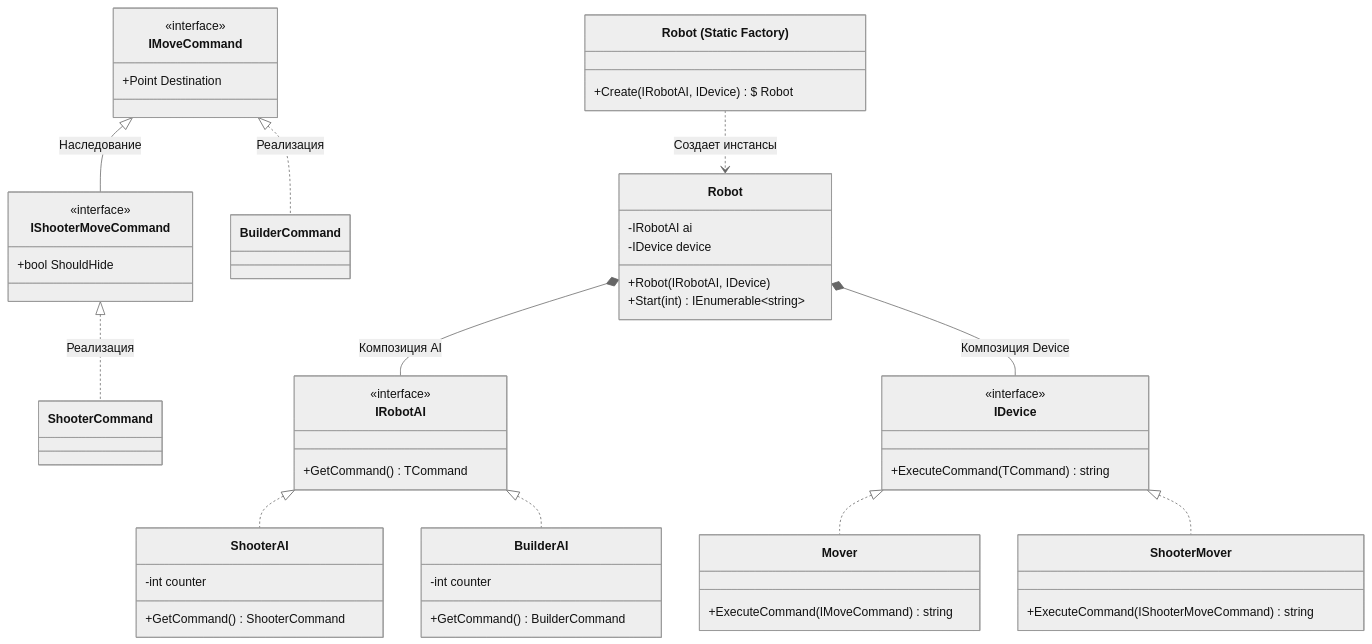
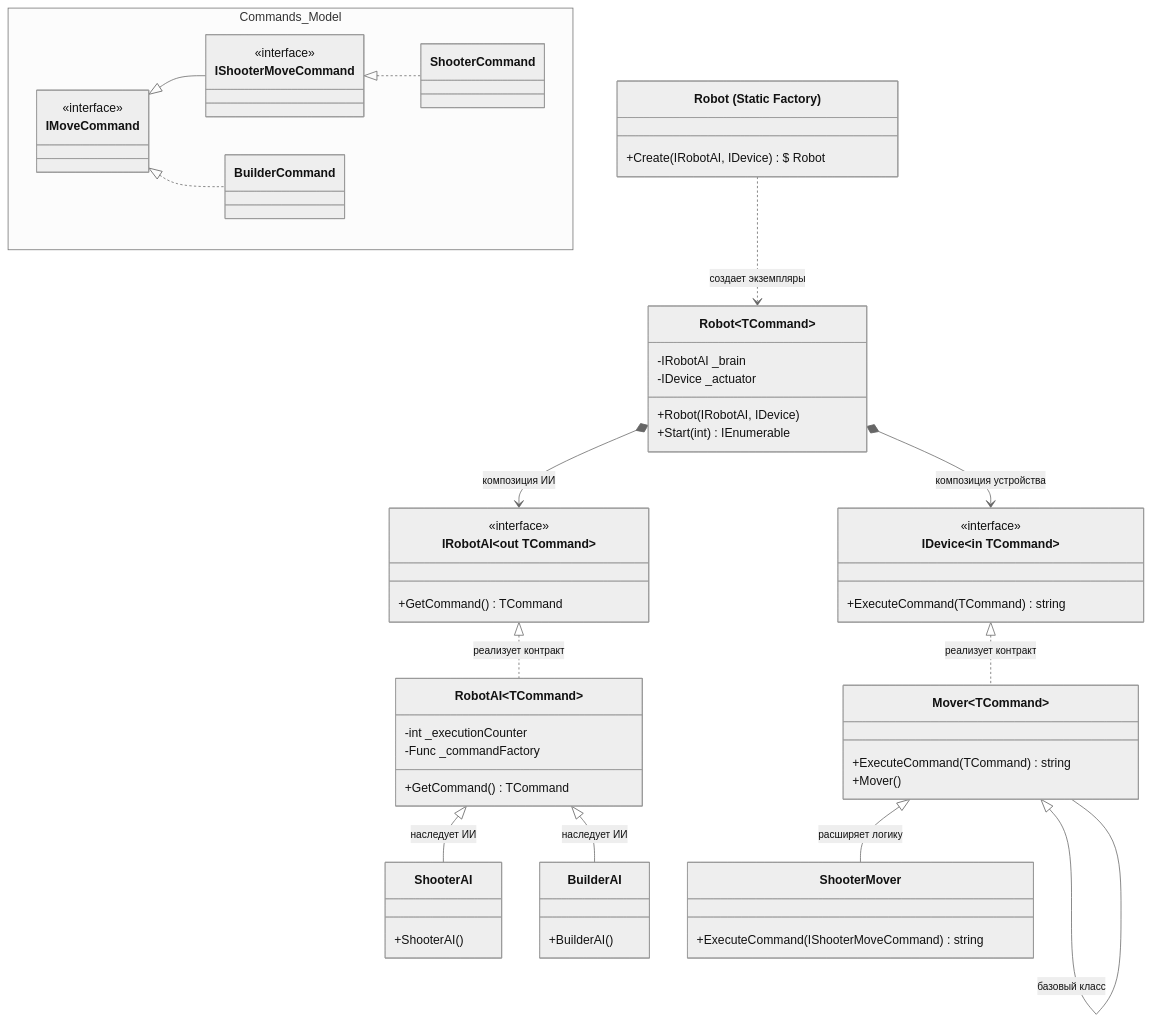
Before and after one commit to NingerangorOid/Praktika_2026: the diagram in robots.md, drawn with Mermaid (neutral theme).

Commit message:
правки внесены

````diff
--- a/robots.md
+++ b/robots.md
@@ -1,65 +1,64 @@
 ```mermaid
 classDiagram
-    class IMoveCommand {
-        <<interface>>
-        +Point Destination
+    direction TB
+
+    %% Системные интерфейсы и команды 
+    namespace Commands_Model {
+        class IMoveCommand { <<interface>> }
+        class IShooterMoveCommand { <<interface>> }
+        class ShooterCommand
+        class BuilderCommand
     }
-    class IShooterMoveCommand {
-        <<interface>>
-        +bool ShouldHide
-    }
-    IMoveCommand <|-- IShooterMoveCommand : Наследование
+    IMoveCommand <|-- IShooterMoveCommand
+    IShooterMoveCommand <|.. ShooterCommand
+    IMoveCommand <|.. BuilderCommand
 
-    class ShooterCommand
-    class BuilderCommand
-
-    IShooterMoveCommand <|.. ShooterCommand : Реализация
-    IMoveCommand <|.. BuilderCommand : Реализация
-
-    class IRobotAI {
+    %% Базовые обобщенные контракты устройств и ИИ
+    class IRobotAI~out TCommand~ {
         <<interface>>
         +GetCommand() TCommand
     }
-    class IDevice {
+    class IDevice~in TCommand~ {
         <<interface>>
         +ExecuteCommand(TCommand) string
     }
 
-    class ShooterAI {
-        -int counter
-        +GetCommand() ShooterCommand
+    %% Новая обобщенная логика 
+    class RobotAI~TCommand~ {
+        -int _executionCounter
+        -Func _commandFactory
+        +GetCommand() TCommand
     }
-    IRobotAI <|.. ShooterAI
+    IRobotAI <|.. RobotAI : <small>реализует контракт</small>
 
-    class BuilderAI {
-        -int counter
-        +GetCommand() BuilderCommand
+    class Mover~TCommand~ {
+        +ExecuteCommand(TCommand) string
     }
-    IRobotAI <|.. BuilderAI
+    IDevice <|.. Mover : <small>реализует контракт</small>
 
-    class Mover {
-        +ExecuteCommand(IMoveCommand) string
+    %% Наследники конкретных реализаций
+    class ShooterAI { +ShooterAI() }
+    class BuilderAI { +BuilderAI() }
+    RobotAI <|-- ShooterAI : <small>наследует ИИ</small>
+    RobotAI <|-- BuilderAI : <small>наследует ИИ</small>
+
+    class Mover { +Mover() }
+    class ShooterMover { +ExecuteCommand(IShooterMoveCommand) string }
+    Mover <|-- Mover : <small>базовый класс</small>
+    Mover <|-- ShooterMover : <small>расширяет логику</small>
+
+    %% Главный класс Робота и Фабрика вывода типов
+    class Robot~TCommand~ {
+        -IRobotAI _brain
+        -IDevice _actuator
+        +Robot(IRobotAI, IDevice)
+        +Start(int) IEnumerable
     }
-    IDevice <|.. Mover
+    Robot *--> IRobotAI : <small>композиция ИИ</small>
+    Robot *--> IDevice : <small>композиция устройства</small>
 
-    class ShooterMover {
-        +ExecuteCommand(IShooterMoveCommand) string
-    }
-    IDevice <|.. ShooterMover
-
-    %% Главный класс Робота
-    class Robot {
-        -IRobotAI ai
-        -IDevice device
-        +Robot(IRobotAI, IDevice)
-        +Start(int) IEnumerable~string~
-    }
-    Robot *-- IRobotAI : Композиция AI
-    Robot *-- IDevice : Композиция Device
-
-    
     class RobotFactory["Robot (Static Factory)"] {
         +Create(IRobotAI, IDevice)\$ Robot
     }
-    RobotFactory ..> Robot : Создает инстансы
+    RobotFactory ..> Robot : <small>создает экземпляры</small>
 ```
````
